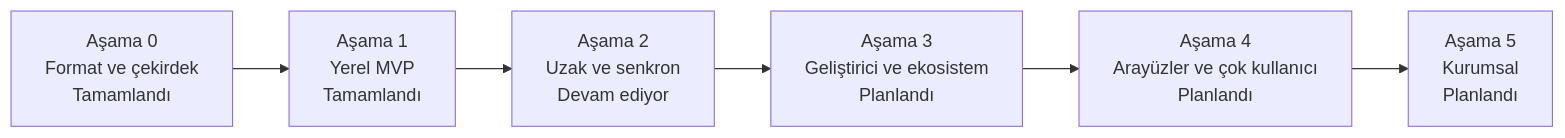
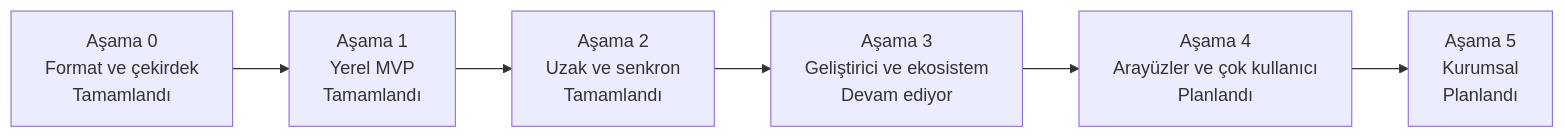
One commit to efe-clk/apeiron changed the diagram in docs/ROADMAP.tr.md. Above: the diagram before and after it, drawn with Mermaid. The commit also changed other lines of this file and 8 other files, not shown here.

````diff
--- a/docs/ROADMAP.tr.md
+++ b/docs/ROADMAP.tr.md
@@ -11,10 +11,10 @@
 ```mermaid
 flowchart LR
     S0["Aşama 0<br/>Format ve çekirdek<br/>Tamamlandı"]
     S1["Aşama 1<br/>Yerel MVP<br/>Tamamlandı"]
-    S2["Aşama 2<br/>Uzak ve senkron<br/>Devam ediyor"]
-    S3["Aşama 3<br/>Geliştirici ve ekosistem<br/>Planlandı"]
+    S2["Aşama 2<br/>Uzak ve senkron<br/>Tamamlandı"]
+    S3["Aşama 3<br/>Geliştirici ve ekosistem<br/>Devam ediyor"]
     S4["Aşama 4<br/>Arayüzler ve çok kullanıcı<br/>Planlandı"]
     S5["Aşama 5<br/>Kurumsal<br/>Planlandı"]
     S0 --> S1 --> S2 --> S3 --> S4 --> S5
 ```
````
